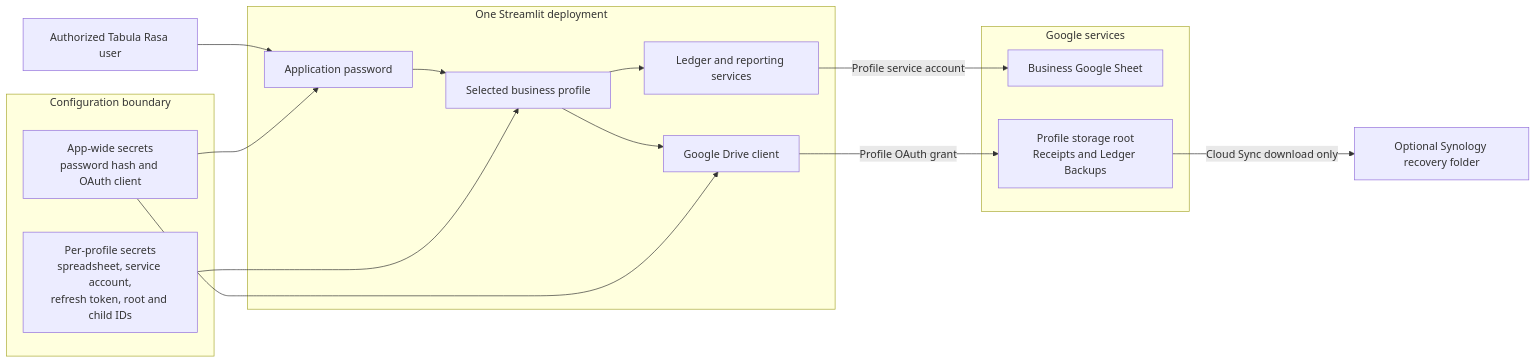
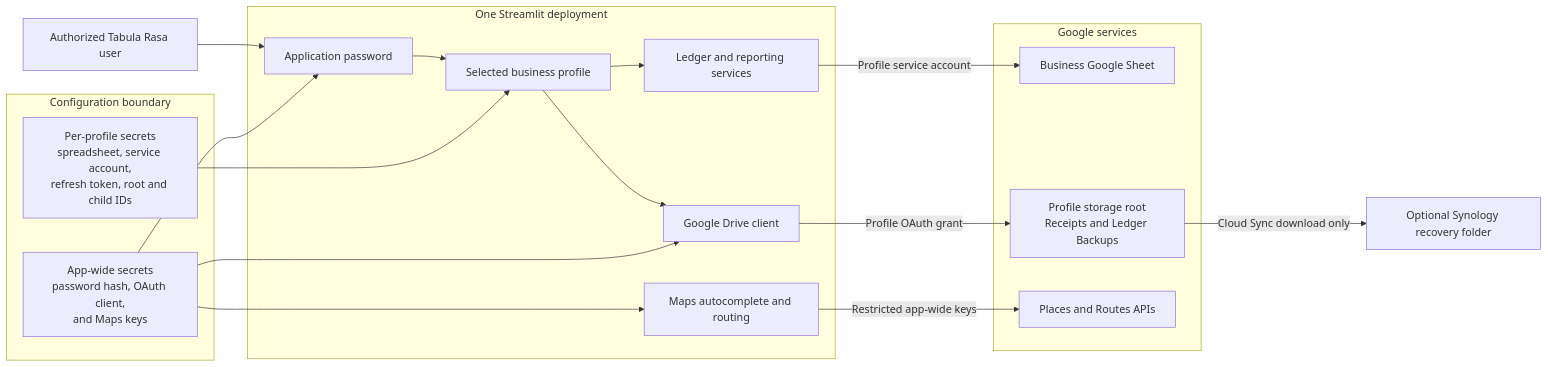
One commit to Roklion/Project_Tabula_Rasa changed the first of 3 diagrams in docs/ARCHITECTURE.md. Above: the diagram before and after it, drawn with Mermaid. The commit also changed other lines of this file and 6 other files, not shown here.

````diff
--- a/docs/ARCHITECTURE.md
+++ b/docs/ARCHITECTURE.md
@@ -11,34 +12,38 @@
 ```mermaid
 flowchart LR
     User["Authorized Tabula Rasa user"]
 
     subgraph App["One Streamlit deployment"]
         Auth["Application password"]
         Profile["Selected business profile"]
         Ledger["Ledger and reporting services"]
         DriveClient["Google Drive client"]
+        MapsClient["Maps autocomplete and routing"]
     end
 
     subgraph Config["Configuration boundary"]
-        AppSecrets["App-wide secrets<br/>password hash and OAuth client"]
+        AppSecrets["App-wide secrets<br/>password hash, OAuth client,<br/>and Maps keys"]
         ProfileSecrets["Per-profile secrets<br/>spreadsheet, service account,<br/>refresh token, root and child IDs"]
     end
 
     subgraph Google["Google services"]
         Sheets["Business Google Sheet"]
         Drive["Profile storage root<br/>Receipts and Ledger Backups"]
+        Maps["Places and Routes APIs"]
     end
 
     NAS["Optional Synology recovery folder"]
 
     User --> Auth
     Auth --> Profile
     Profile --> Ledger
     Profile --> DriveClient
     AppSecrets --> Auth
     AppSecrets --> DriveClient
+    AppSecrets --> MapsClient
     ProfileSecrets --> Profile
     Ledger -->|"Profile service account"| Sheets
     DriveClient -->|"Profile OAuth grant"| Drive
+    MapsClient -->|"Restricted app-wide keys"| Maps
     Drive -->|"Cloud Sync download only"| NAS
 ```
````
